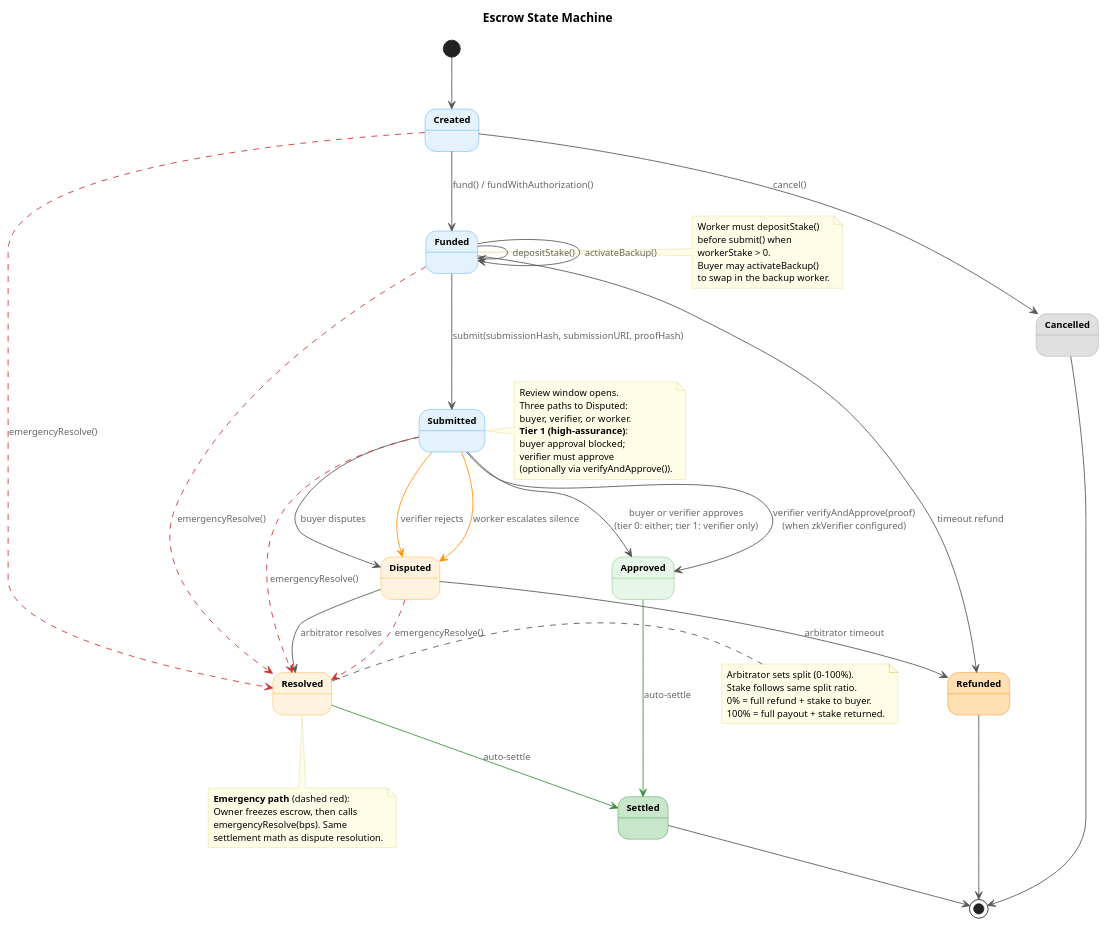
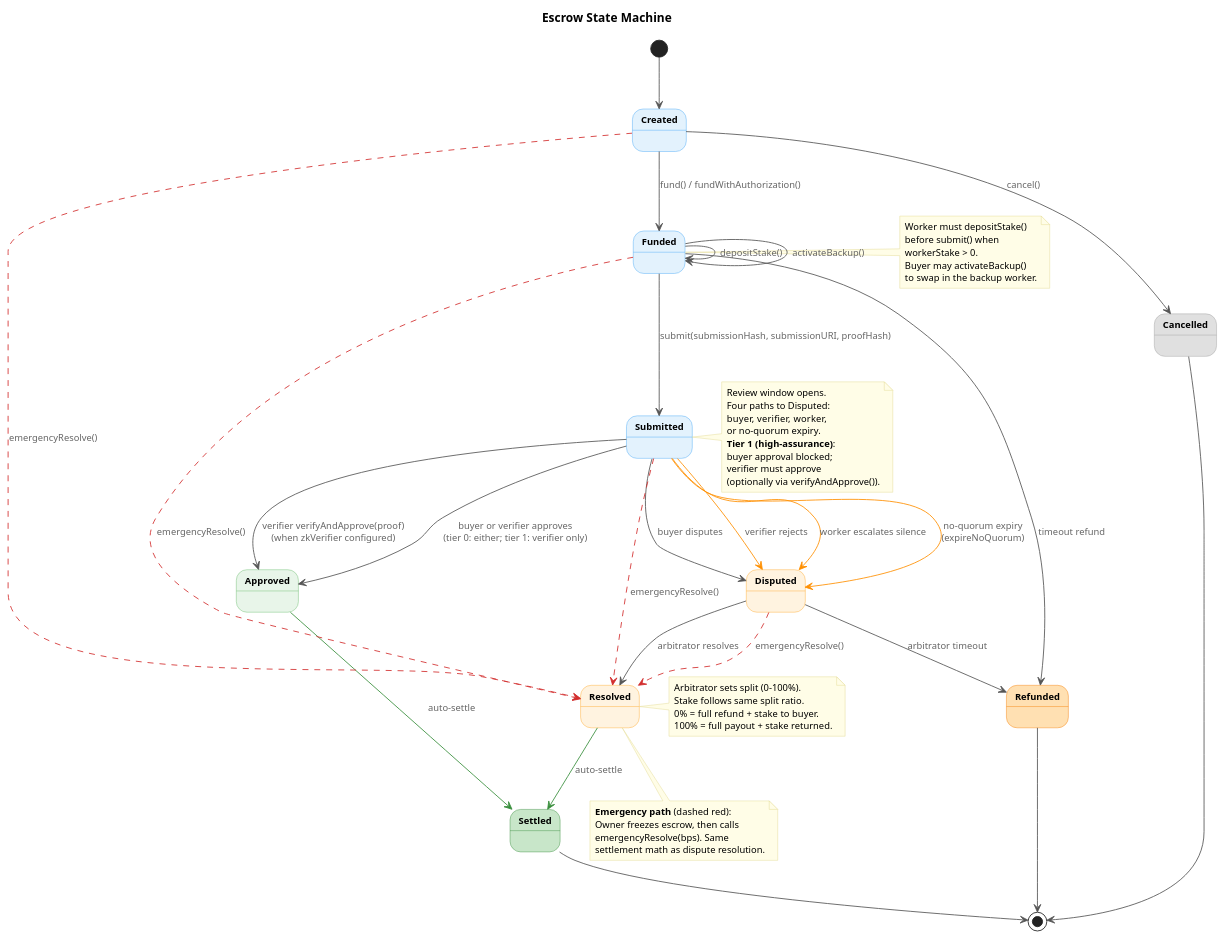
The first of 2 diagrams in docs/diagrams/state-machine.puml (eddiefleurent/agent-escrow), drawn with PlantUML before and after one commit. The commit also changed other lines of this file and 46 other files, not shown here.

First line of the commit message:
feat: implement multi-verifier quorum (V3 item 19) (#30)

```diff
--- a/docs/diagrams/state-machine.puml
+++ b/docs/diagrams/state-machine.puml
@@ -1,99 +1,101 @@
 @startuml state-machine
 skinparam backgroundColor #FFFFFF
 skinparam defaultFontName "Helvetica"
 skinparam defaultFontSize 13
 skinparam shadowing false
 skinparam ArrowColor #555555
 skinparam ArrowFontSize 11
 skinparam ArrowFontColor #666666
 
 skinparam state {
   FontSize 14
   FontStyle bold
   AttributeFontSize 11
 }
 
 skinparam note {
   BackgroundColor #FFFDE7
   BorderColor #E0D68A
   FontSize 11
 }
 
 title Escrow State Machine
 
 state Created #E3F2FD ##42A5F5
 state Funded #E3F2FD ##42A5F5
 state Submitted #E3F2FD ##42A5F5
 state Approved #E8F5E9 ##66BB6A
 state Disputed #FFF3E0 ##FFA726
 state Resolved #FFF3E0 ##FFA726
 
 state Settled #C8E6C9 ##388E3C
 state Refunded #FFE0B2 ##F57C00
 state Cancelled #E0E0E0 ##9E9E9E
 
 [*] --> Created
 
 Created --> Funded : fund() / fundWithAuthorization()
 Created --> Cancelled : cancel()
 
 Funded --> Funded : depositStake()
 Funded --> Funded : activateBackup()
 Funded --> Submitted : submit(submissionHash, submissionURI, proofHash)
 Funded --> Refunded : timeout refund
 
 Submitted --> Approved : buyer or verifier approves\n(tier 0: either; tier 1: verifier only)
 Submitted --> Approved : verifier verifyAndApprove(proof)\n(when zkVerifier configured)
 Submitted --> Disputed : buyer disputes
 Submitted -[#FF8F00]-> Disputed : verifier rejects
 Submitted -[#FF8F00]-> Disputed : worker escalates silence
+Submitted -[#FF8F00]-> Disputed : no-quorum expiry\n(expireNoQuorum)
 
 Disputed --> Resolved : arbitrator resolves
 Disputed --> Refunded : arbitrator timeout
 
 Approved -[#388E3C]-> Settled : auto-settle
 Resolved -[#388E3C]-> Settled : auto-settle
 
 Cancelled --> [*]
 Refunded --> [*]
 Settled --> [*]
 
 ' Emergency response protocol (paper §4.9)
 Created -[#D32F2F,dashed]-> Resolved : emergencyResolve()
 Funded -[#D32F2F,dashed]-> Resolved : emergencyResolve()
 Submitted -[#D32F2F,dashed]-> Resolved : emergencyResolve()
 Disputed -[#D32F2F,dashed]-> Resolved : emergencyResolve()
 
 note right of Funded
   Worker must depositStake()
   before submit() when
   workerStake > 0.
   Buyer may activateBackup()
   to swap in the backup worker.
 end note
 
 note right of Submitted
   Review window opens.
-  Three paths to Disputed:
-  buyer, verifier, or worker.
+  Four paths to Disputed:
+  buyer, verifier, worker,
+  or no-quorum expiry.
   **Tier 1 (high-assurance)**:
   buyer approval blocked;
   verifier must approve
   (optionally via verifyAndApprove()).
 end note
 
 note right of Resolved
   Arbitrator sets split (0-100%).
   Stake follows same split ratio.
   0% = full refund + stake to buyer.
   100% = full payout + stake returned.
 end note
 
 note bottom of Resolved
   **Emergency path** (dashed red):
   Owner freezes escrow, then calls
   emergencyResolve(bps). Same
   settlement math as dispute resolution.
 end note
 
 @enduml
```
